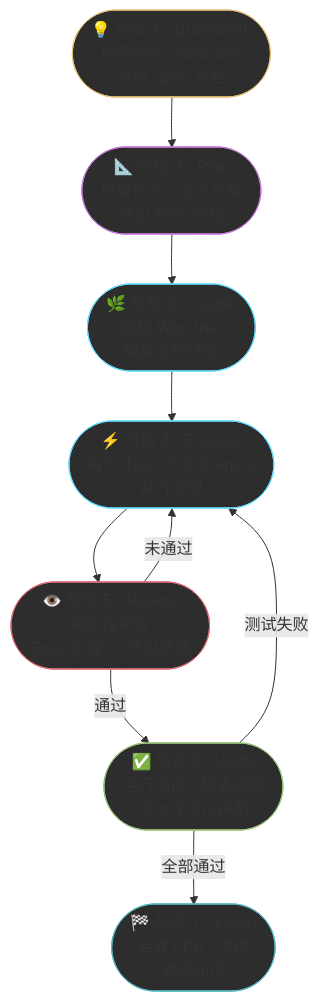
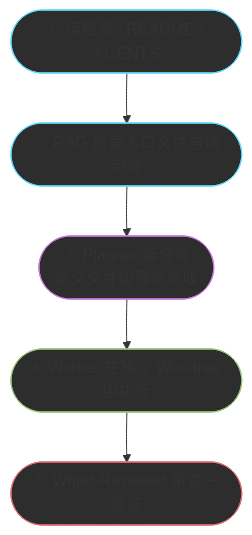
One commit to zht043/AgenticCodingTutorial changed the eighth of 10 diagrams in docs/chapters/ch11-design-patterns.md. Above: the diagram before and after it, drawn with Mermaid. The commit also changed other lines of this file and 69 other files, not shown here.

Commit message:
optimize docs and add mermaid validation

````diff
--- a/docs/chapters/ch11-design-patterns.md
+++ b/docs/chapters/ch11-design-patterns.md
@@ -365,24 +365,15 @@
 ```mermaid
 flowchart TB
-    classDef brainstorm fill:#2d2d2d,stroke:#e5c07b
     classDef plan fill:#2d2d2d,stroke:#c678dd
-    classDef exec fill:#2d2d2d,stroke:#61dafb
+    classDef read fill:#2d2d2d,stroke:#61dafb
+    classDef exec fill:#2d2d2d,stroke:#98c379
     classDef review fill:#2d2d2d,stroke:#e06c75
-    classDef verify fill:#2d2d2d,stroke:#98c379
-    classDef finish fill:#2d2d2d,stroke:#56b6c2
 
-    S1(["💡 阶段 1 · Brainstorm<br/>探索需求 · 收敛设计<br/>产出 Spec 文档"]):::brainstorm
-    S2(["📐 阶段 2 · Plan<br/>拆解任务 · 定义步骤<br/>产出 Plan 文档"]):::plan
-    S3(["🌿 阶段 3 · Isolate<br/>创建 Worktree<br/>隔离工作环境"]):::exec
-    S4(["⚡ 阶段 4 · Execute<br/>每个 Task 分发子 Agent<br/>并行实现"]):::exec
-    S5(["👁️ 阶段 5 · Review<br/>两阶段审查<br/>Spec 合规 → 代码质量"]):::review
-    S6(["✅ 阶段 6 · Verify<br/>运行测试 · 检查证据<br/>不允许空口声明"]):::verify
-    S7(["🏁 阶段 7 · Finish<br/>合并 / PR / 清理<br/>完成闭环"]):::finish
+    S1(["① 读目录 / README / AGENTS"]):::read
+    S2(["② RAG 检索入口文件与调用链"]):::read
+    S3(["③ Planner 拆任务<br/>定义文件边界与验收"]):::plan
+    S4(["④ Worker 在独立 Worktree 中执行"]):::exec
+    S5(["⑤ Writer-Reviewer 审查 + 验证"]):::review
 
-    S1 --> S2 --> S3 --> S4
-    S4 --> S5
-    S5 -->|"未通过"| S4
-    S5 -->|"通过"| S6
-    S6 -->|"测试失败"| S4
-    S6 -->|"全部通过"| S7
+    S1 --> S2 --> S3 --> S4 --> S5
 ```
````
